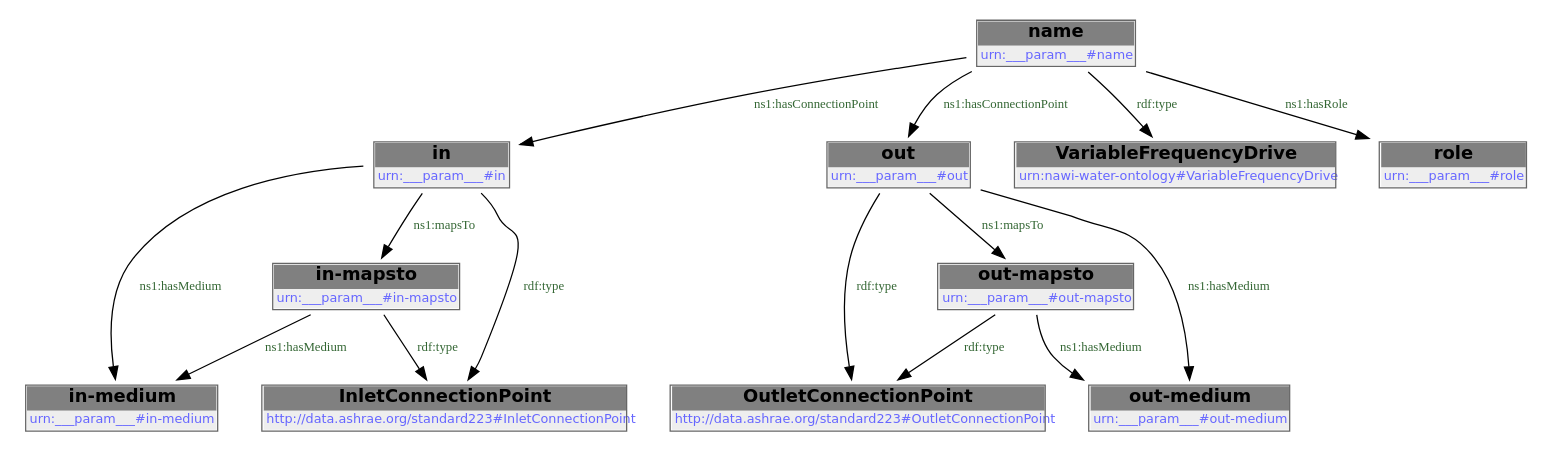
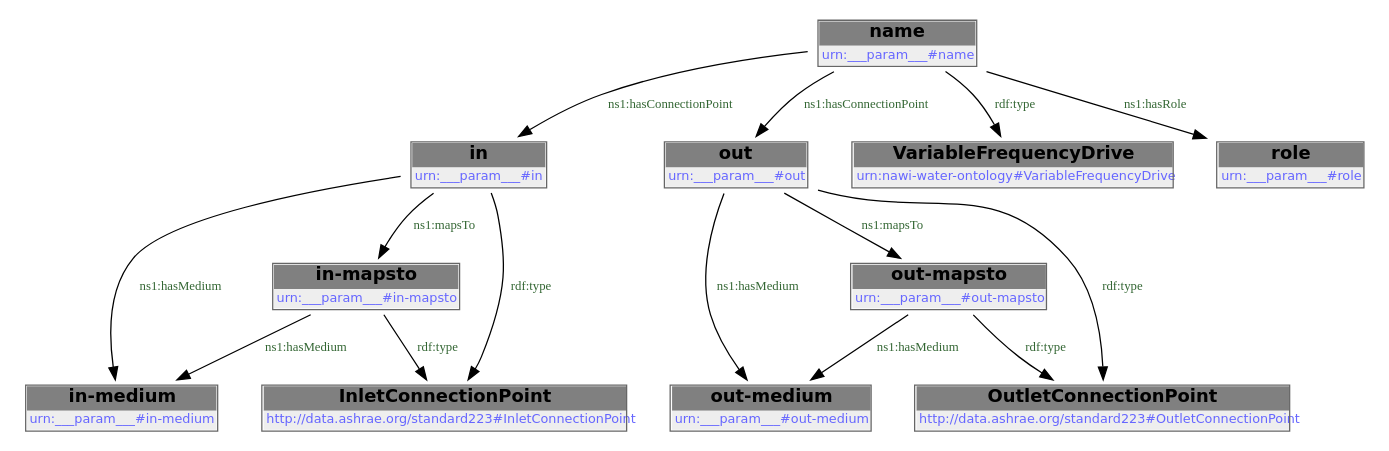
The second of 2 diagrams in docs/libraries/templates/vfd.rst (DataDrivenCPS/water-ontology), drawn with Graphviz before and after one commit. The commit also changed other lines of this file and 33 other files, not shown here.

```diff
--- a/docs/libraries/templates/vfd.rst
+++ b/docs/libraries/templates/vfd.rst
@@ -96,30 +96,30 @@
         .. graphviz::
 
                 digraph G {
             node [fontname="DejaVu Sans"];
             node0 -> node1 [color=BLACK, label=< <font point-size='10' color='#336633'>ns1:hasMedium</font> >];
-            node0 -> node2 [color=BLACK, label=< <font point-size='10' color='#336633'>ns1:mapsTo</font> >];
-            node3 -> node4 [color=BLACK, label=< <font point-size='10' color='#336633'>rdf:type</font> >];
-            node5 -> node0 [color=BLACK, label=< <font point-size='10' color='#336633'>ns1:hasConnectionPoint</font> >];
-            node6 -> node7 [color=BLACK, label=< <font point-size='10' color='#336633'>ns1:hasMedium</font> >];
-            node6 -> node3 [color=BLACK, label=< <font point-size='10' color='#336633'>ns1:mapsTo</font> >];
-            node2 -> node1 [color=BLACK, label=< <font point-size='10' color='#336633'>ns1:hasMedium</font> >];
-            node3 -> node7 [color=BLACK, label=< <font point-size='10' color='#336633'>ns1:hasMedium</font> >];
-            node0 -> node8 [color=BLACK, label=< <font point-size='10' color='#336633'>rdf:type</font> >];
-            node5 -> node6 [color=BLACK, label=< <font point-size='10' color='#336633'>ns1:hasConnectionPoint</font> >];
-            node6 -> node4 [color=BLACK, label=< <font point-size='10' color='#336633'>rdf:type</font> >];
-            node5 -> node9 [color=BLACK, label=< <font point-size='10' color='#336633'>rdf:type</font> >];
-            node2 -> node8 [color=BLACK, label=< <font point-size='10' color='#336633'>rdf:type</font> >];
-            node5 -> node10 [color=BLACK, label=< <font point-size='10' color='#336633'>ns1:hasRole</font> >];
-            node0 [shape=none, color=black, label=< <table color='#666666' cellborder='0' cellspacing='0' border='1'><tr><td colspan='2' bgcolor='grey'><B>in</B></td></tr><tr><td href='urn:___param___#in' bgcolor='#eeeeee' colspan='2'><font point-size='10' color='#6666ff'>urn:___param___#in</font></td></tr></table> >];
-            node1 [shape=none, color=black, label=< <table color='#666666' cellborder='0' cellspacing='0' border='1'><tr><td colspan='2' bgcolor='grey'><B>in-medium</B></td></tr><tr><td href='urn:___param___#in-medium' bgcolor='#eeeeee' colspan='2'><font point-size='10' color='#6666ff'>urn:___param___#in-medium</font></td></tr></table> >];
-            node2 [shape=none, color=black, label=< <table color='#666666' cellborder='0' cellspacing='0' border='1'><tr><td colspan='2' bgcolor='grey'><B>in-mapsto</B></td></tr><tr><td href='urn:___param___#in-mapsto' bgcolor='#eeeeee' colspan='2'><font point-size='10' color='#6666ff'>urn:___param___#in-mapsto</font></td></tr></table> >];
-            node3 [shape=none, color=black, label=< <table color='#666666' cellborder='0' cellspacing='0' border='1'><tr><td colspan='2' bgcolor='grey'><B>out-mapsto</B></td></tr><tr><td href='urn:___param___#out-mapsto' bgcolor='#eeeeee' colspan='2'><font point-size='10' color='#6666ff'>urn:___param___#out-mapsto</font></td></tr></table> >];
-            node4 [shape=none, color=black, label=< <table color='#666666' cellborder='0' cellspacing='0' border='1'><tr><td colspan='2' bgcolor='grey'><B>OutletConnectionPoint</B></td></tr><tr><td href='http://data.ashrae.org/standard223#OutletConnectionPoint' bgcolor='#eeeeee' colspan='2'><font point-size='10' color='#6666ff'>http://data.ashrae.org/standard223#OutletConnectionPoint</font></td></tr></table> >];
-            node5 [shape=none, color=black, label=< <table color='#666666' cellborder='0' cellspacing='0' border='1'><tr><td colspan='2' bgcolor='grey'><B>name</B></td></tr><tr><td href='urn:___param___#name' bgcolor='#eeeeee' colspan='2'><font point-size='10' color='#6666ff'>urn:___param___#name</font></td></tr></table> >];
-            node6 [shape=none, color=black, label=< <table color='#666666' cellborder='0' cellspacing='0' border='1'><tr><td colspan='2' bgcolor='grey'><B>out</B></td></tr><tr><td href='urn:___param___#out' bgcolor='#eeeeee' colspan='2'><font point-size='10' color='#6666ff'>urn:___param___#out</font></td></tr></table> >];
-            node7 [shape=none, color=black, label=< <table color='#666666' cellborder='0' cellspacing='0' border='1'><tr><td colspan='2' bgcolor='grey'><B>out-medium</B></td></tr><tr><td href='urn:___param___#out-medium' bgcolor='#eeeeee' colspan='2'><font point-size='10' color='#6666ff'>urn:___param___#out-medium</font></td></tr></table> >];
-            node8 [shape=none, color=black, label=< <table color='#666666' cellborder='0' cellspacing='0' border='1'><tr><td colspan='2' bgcolor='grey'><B>InletConnectionPoint</B></td></tr><tr><td href='http://data.ashrae.org/standard223#InletConnectionPoint' bgcolor='#eeeeee' colspan='2'><font point-size='10' color='#6666ff'>http://data.ashrae.org/standard223#InletConnectionPoint</font></td></tr></table> >];
-            node9 [shape=none, color=black, label=< <table color='#666666' cellborder='0' cellspacing='0' border='1'><tr><td colspan='2' bgcolor='grey'><B>VariableFrequencyDrive</B></td></tr><tr><td href='urn:nawi-water-ontology#VariableFrequencyDrive' bgcolor='#eeeeee' colspan='2'><font point-size='10' color='#6666ff'>urn:nawi-water-ontology#VariableFrequencyDrive</font></td></tr></table> >];
-            node10 [shape=none, color=black, label=< <table color='#666666' cellborder='0' cellspacing='0' border='1'><tr><td colspan='2' bgcolor='grey'><B>role</B></td></tr><tr><td href='urn:___param___#role' bgcolor='#eeeeee' colspan='2'><font point-size='10' color='#6666ff'>urn:___param___#role</font></td></tr></table> >];
+            node2 -> node3 [color=BLACK, label=< <font point-size='10' color='#336633'>ns1:hasConnectionPoint</font> >];
+            node3 -> node4 [color=BLACK, label=< <font point-size='10' color='#336633'>ns1:hasMedium</font> >];
+            node2 -> node5 [color=BLACK, label=< <font point-size='10' color='#336633'>ns1:hasConnectionPoint</font> >];
+            node2 -> node6 [color=BLACK, label=< <font point-size='10' color='#336633'>rdf:type</font> >];
+            node7 -> node4 [color=BLACK, label=< <font point-size='10' color='#336633'>ns1:hasMedium</font> >];
+            node2 -> node8 [color=BLACK, label=< <font point-size='10' color='#336633'>ns1:hasRole</font> >];
+            node5 -> node1 [color=BLACK, label=< <font point-size='10' color='#336633'>ns1:hasMedium</font> >];
+            node5 -> node0 [color=BLACK, label=< <font point-size='10' color='#336633'>ns1:mapsTo</font> >];
+            node3 -> node9 [color=BLACK, label=< <font point-size='10' color='#336633'>rdf:type</font> >];
+            node0 -> node10 [color=BLACK, label=< <font point-size='10' color='#336633'>rdf:type</font> >];
+            node7 -> node9 [color=BLACK, label=< <font point-size='10' color='#336633'>rdf:type</font> >];
+            node3 -> node7 [color=BLACK, label=< <font point-size='10' color='#336633'>ns1:mapsTo</font> >];
+            node5 -> node10 [color=BLACK, label=< <font point-size='10' color='#336633'>rdf:type</font> >];
+            node0 [shape=none, color=black, label=< <table color='#666666' cellborder='0' cellspacing='0' border='1'><tr><td colspan='2' bgcolor='grey'><B>out-mapsto</B></td></tr><tr><td href='urn:___param___#out-mapsto' bgcolor='#eeeeee' colspan='2'><font point-size='10' color='#6666ff'>urn:___param___#out-mapsto</font></td></tr></table> >];
+            node1 [shape=none, color=black, label=< <table color='#666666' cellborder='0' cellspacing='0' border='1'><tr><td colspan='2' bgcolor='grey'><B>out-medium</B></td></tr><tr><td href='urn:___param___#out-medium' bgcolor='#eeeeee' colspan='2'><font point-size='10' color='#6666ff'>urn:___param___#out-medium</font></td></tr></table> >];
+            node2 [shape=none, color=black, label=< <table color='#666666' cellborder='0' cellspacing='0' border='1'><tr><td colspan='2' bgcolor='grey'><B>name</B></td></tr><tr><td href='urn:___param___#name' bgcolor='#eeeeee' colspan='2'><font point-size='10' color='#6666ff'>urn:___param___#name</font></td></tr></table> >];
+            node3 [shape=none, color=black, label=< <table color='#666666' cellborder='0' cellspacing='0' border='1'><tr><td colspan='2' bgcolor='grey'><B>in</B></td></tr><tr><td href='urn:___param___#in' bgcolor='#eeeeee' colspan='2'><font point-size='10' color='#6666ff'>urn:___param___#in</font></td></tr></table> >];
+            node4 [shape=none, color=black, label=< <table color='#666666' cellborder='0' cellspacing='0' border='1'><tr><td colspan='2' bgcolor='grey'><B>in-medium</B></td></tr><tr><td href='urn:___param___#in-medium' bgcolor='#eeeeee' colspan='2'><font point-size='10' color='#6666ff'>urn:___param___#in-medium</font></td></tr></table> >];
+            node5 [shape=none, color=black, label=< <table color='#666666' cellborder='0' cellspacing='0' border='1'><tr><td colspan='2' bgcolor='grey'><B>out</B></td></tr><tr><td href='urn:___param___#out' bgcolor='#eeeeee' colspan='2'><font point-size='10' color='#6666ff'>urn:___param___#out</font></td></tr></table> >];
+            node6 [shape=none, color=black, label=< <table color='#666666' cellborder='0' cellspacing='0' border='1'><tr><td colspan='2' bgcolor='grey'><B>VariableFrequencyDrive</B></td></tr><tr><td href='urn:nawi-water-ontology#VariableFrequencyDrive' bgcolor='#eeeeee' colspan='2'><font point-size='10' color='#6666ff'>urn:nawi-water-ontology#VariableFrequencyDrive</font></td></tr></table> >];
+            node7 [shape=none, color=black, label=< <table color='#666666' cellborder='0' cellspacing='0' border='1'><tr><td colspan='2' bgcolor='grey'><B>in-mapsto</B></td></tr><tr><td href='urn:___param___#in-mapsto' bgcolor='#eeeeee' colspan='2'><font point-size='10' color='#6666ff'>urn:___param___#in-mapsto</font></td></tr></table> >];
+            node8 [shape=none, color=black, label=< <table color='#666666' cellborder='0' cellspacing='0' border='1'><tr><td colspan='2' bgcolor='grey'><B>role</B></td></tr><tr><td href='urn:___param___#role' bgcolor='#eeeeee' colspan='2'><font point-size='10' color='#6666ff'>urn:___param___#role</font></td></tr></table> >];
+            node9 [shape=none, color=black, label=< <table color='#666666' cellborder='0' cellspacing='0' border='1'><tr><td colspan='2' bgcolor='grey'><B>InletConnectionPoint</B></td></tr><tr><td href='http://data.ashrae.org/standard223#InletConnectionPoint' bgcolor='#eeeeee' colspan='2'><font point-size='10' color='#6666ff'>http://data.ashrae.org/standard223#InletConnectionPoint</font></td></tr></table> >];
+            node10 [shape=none, color=black, label=< <table color='#666666' cellborder='0' cellspacing='0' border='1'><tr><td colspan='2' bgcolor='grey'><B>OutletConnectionPoint</B></td></tr><tr><td href='http://data.ashrae.org/standard223#OutletConnectionPoint' bgcolor='#eeeeee' colspan='2'><font point-size='10' color='#6666ff'>http://data.ashrae.org/standard223#OutletConnectionPoint</font></td></tr></table> >];
             }
```
